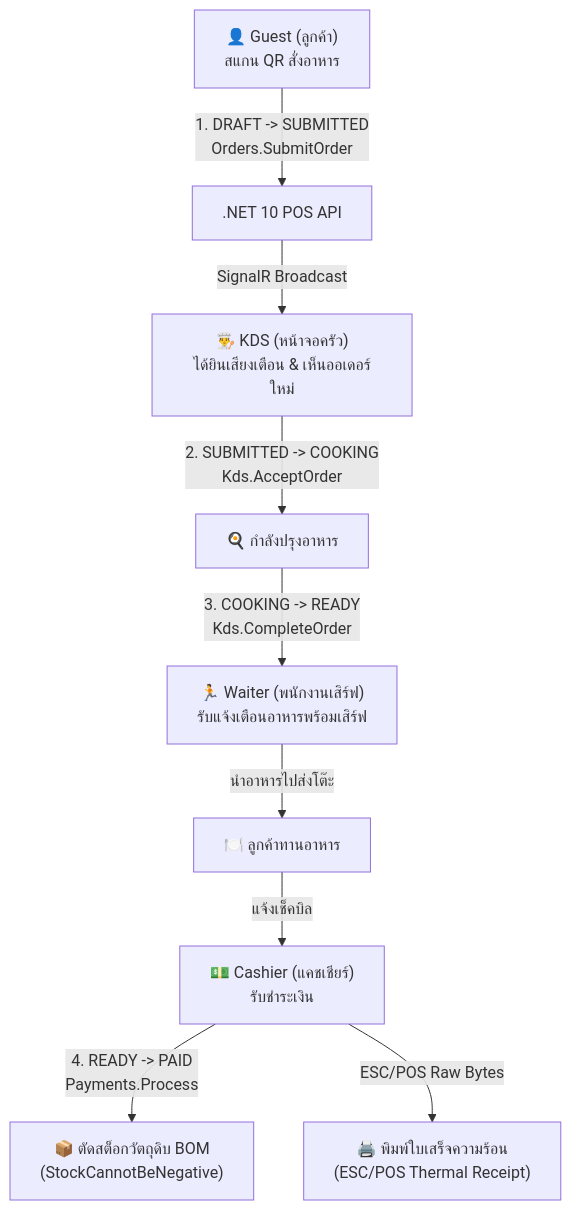
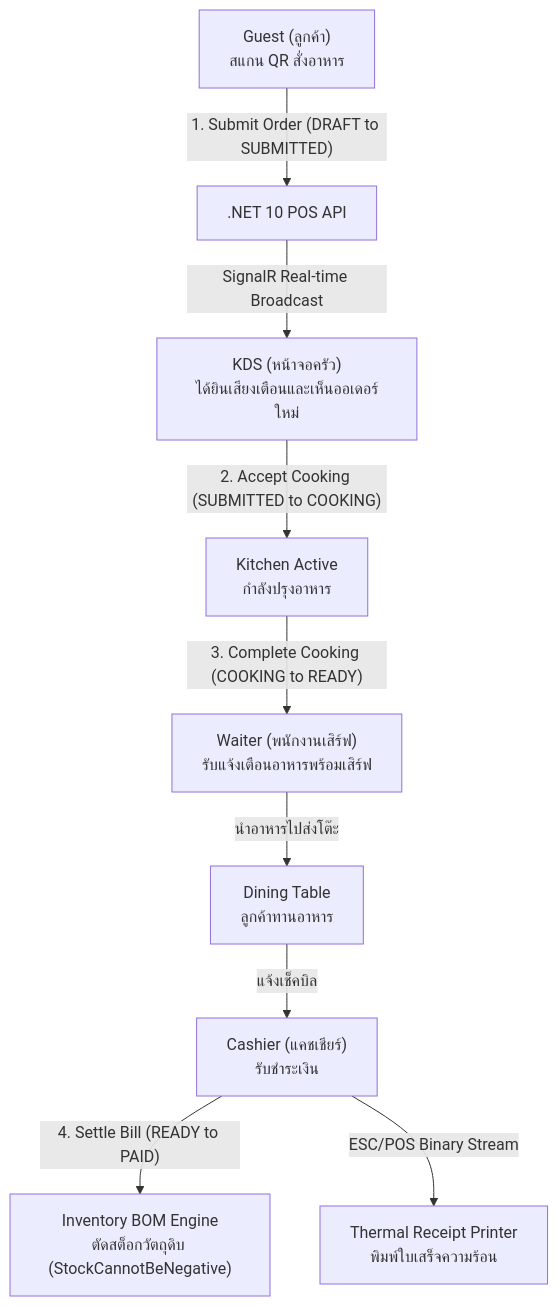
Before and after one commit to FreeOpenRepo/POS: the diagram in README.md, drawn with Mermaid.

Commit message:
docs: update documentation in README.md

````diff
--- a/README.md
+++ b/README.md
@@ -11,11 +11,11 @@
 ```mermaid
 flowchart TD
-    Guest["👤 Guest (ลูกค้า)\nสแกน QR สั่งอาหาร"] -->|1. DRAFT -> SUBMITTED\nOrders.SubmitOrder| API[".NET 10 POS API"]
-    API -->|SignalR Broadcast| KDS["👨‍🍳 KDS (หน้าจอครัว)\nได้ยินเสียงเตือน & เห็นออเดอร์ใหม่"]
-    KDS -->|2. SUBMITTED -> COOKING\nKds.AcceptOrder| KDS_Active["🍳 กำลังปรุงอาหาร"]
-    KDS_Active -->|3. COOKING -> READY\nKds.CompleteOrder| Waiter["🏃 Waiter (พนักงานเสิร์ฟ)\nรับแจ้งเตือนอาหารพร้อมเสิร์ฟ"]
-    Waiter -->|นำอาหารไปส่งโต๊ะ| Table["🍽️ ลูกค้าทานอาหาร"]
-    Table -->|แจ้งเช็คบิล| Cashier["💵 Cashier (แคชเชียร์)\nรับชำระเงิน"]
-    Cashier -->|4. READY -> PAID\nPayments.Process| Stock["📦 ตัดสต็อกวัตถุดิบ BOM\n(StockCannotBeNegative)"]
-    Cashier -->|ESC/POS Raw Bytes| Printer["🖨️ พิมพ์ใบเสร็จความร้อน\n(ESC/POS Thermal Receipt)"]
+    Guest["Guest (ลูกค้า)<br/>สแกน QR สั่งอาหาร"] -->|"1. Submit Order (DRAFT to SUBMITTED)"| API[".NET 10 POS API"]
+    API -->|"SignalR Real-time Broadcast"| KDS["KDS (หน้าจอครัว)<br/>ได้ยินเสียงเตือนและเห็นออเดอร์ใหม่"]
+    KDS -->|"2. Accept Cooking (SUBMITTED to COOKING)"| KDS_Active["Kitchen Active<br/>กำลังปรุงอาหาร"]
+    KDS_Active -->|"3. Complete Cooking (COOKING to READY)"| Waiter["Waiter (พนักงานเสิร์ฟ)<br/>รับแจ้งเตือนอาหารพร้อมเสิร์ฟ"]
+    Waiter -->|"นำอาหารไปส่งโต๊ะ"| Table["Dining Table<br/>ลูกค้าทานอาหาร"]
+    Table -->|"แจ้งเช็คบิล"| Cashier["Cashier (แคชเชียร์)<br/>รับชำระเงิน"]
+    Cashier -->|"4. Settle Bill (READY to PAID)"| Stock["Inventory BOM Engine<br/>ตัดสต็อกวัตถุดิบ (StockCannotBeNegative)"]
+    Cashier -->|"ESC/POS Binary Stream"| Printer["Thermal Receipt Printer<br/>พิมพ์ใบเสร็จความร้อน"]
 ```
````
